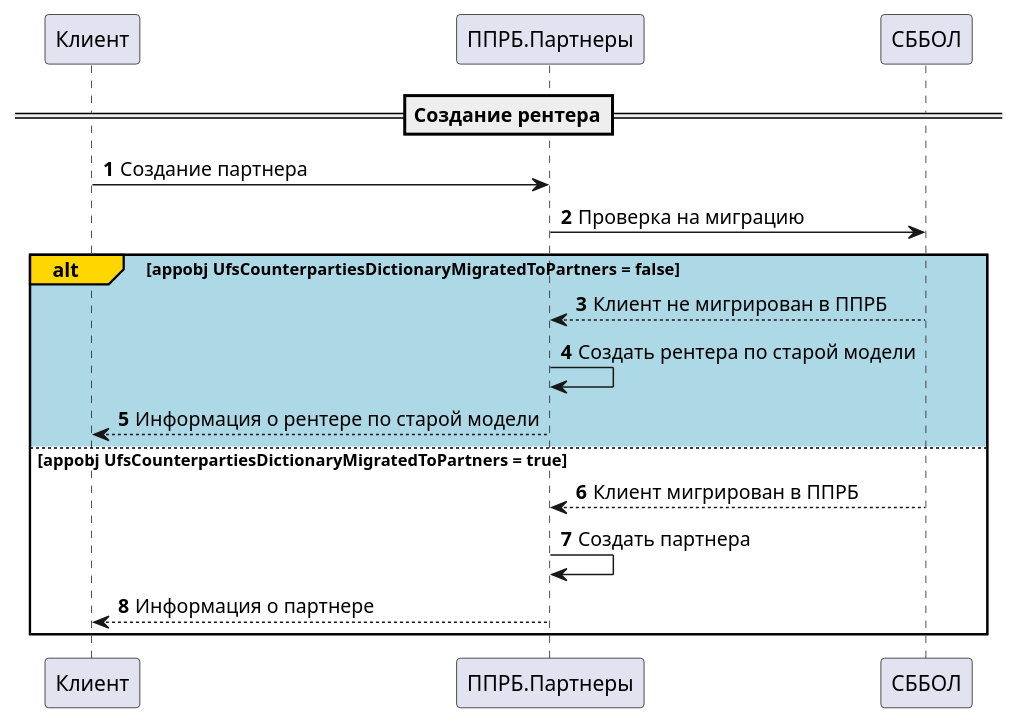
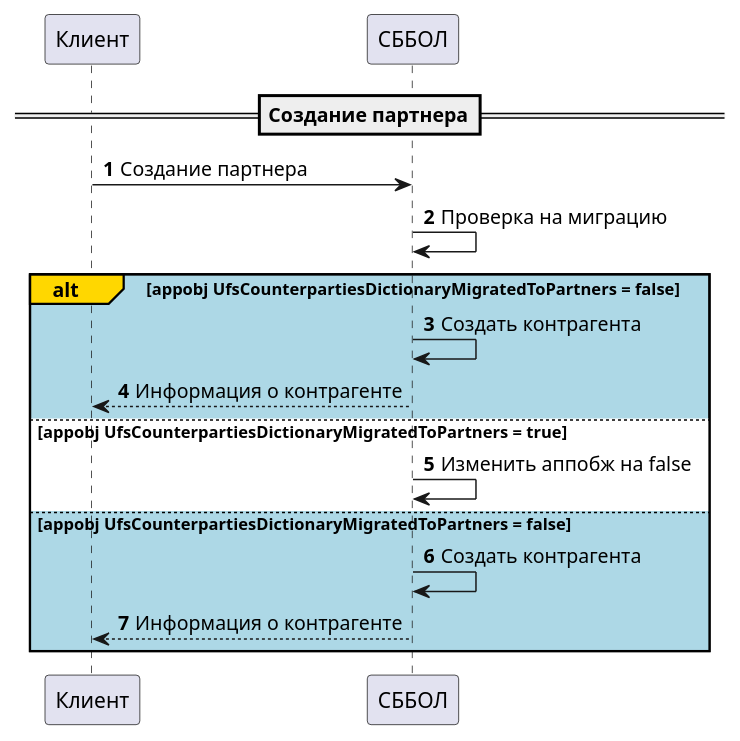
Before and after one commit to SSV4791/sbbol-partners: the diagram in docs/diagrams/scenarios/3.2. ППРБ Рентеры API партнеров.puml, drawn with PlantUML. The commit also changed 11 other files, not shown here.

```diff
--- a/docs/diagrams/scenarios/3.2. ППРБ Рентеры API партнеров.puml
+++ b/docs/diagrams/scenarios/3.2. ППРБ Рентеры API партнеров.puml
@@ -1,16 +1,16 @@
 @startuml
 'https://plantuml.com/sequence-diagram
 autonumber
-==Создание рентера==
-Клиент -> ППРБ.Партнеры: Создание партнера
-ППРБ.Партнеры -> СББОЛ: Проверка на миграцию
+==Создание партнера==
+Клиент -> СББОЛ: Создание партнера
+СББОЛ -> СББОЛ: Проверка на миграцию
 alt#Gold #lightblue appobj UfsCounterpartiesDictionaryMigratedToPartners = false
-СББОЛ --> ППРБ.Партнеры: Клиент не мигрирован в ППРБ
-ППРБ.Партнеры -> ППРБ.Партнеры: Создать рентера по старой модели
-ППРБ.Партнеры --> Клиент: Информация о рентере по старой модели
+СББОЛ -> СББОЛ: Создать контрагента
+СББОЛ --> Клиент: Информация о контрагенте
 else #white appobj UfsCounterpartiesDictionaryMigratedToPartners = true
-СББОЛ --> ППРБ.Партнеры: Клиент мигрирован в ППРБ
-ППРБ.Партнеры -> ППРБ.Партнеры: Создать партнера
-ППРБ.Партнеры --> Клиент: Информация о партнере
+СББОЛ -> СББОЛ: Изменить аппобж на false
+else appobj UfsCounterpartiesDictionaryMigratedToPartners = false
+СББОЛ -> СББОЛ: Создать контрагента
+СББОЛ --> Клиент: Информация о контрагенте
 end
 @enduml
```
